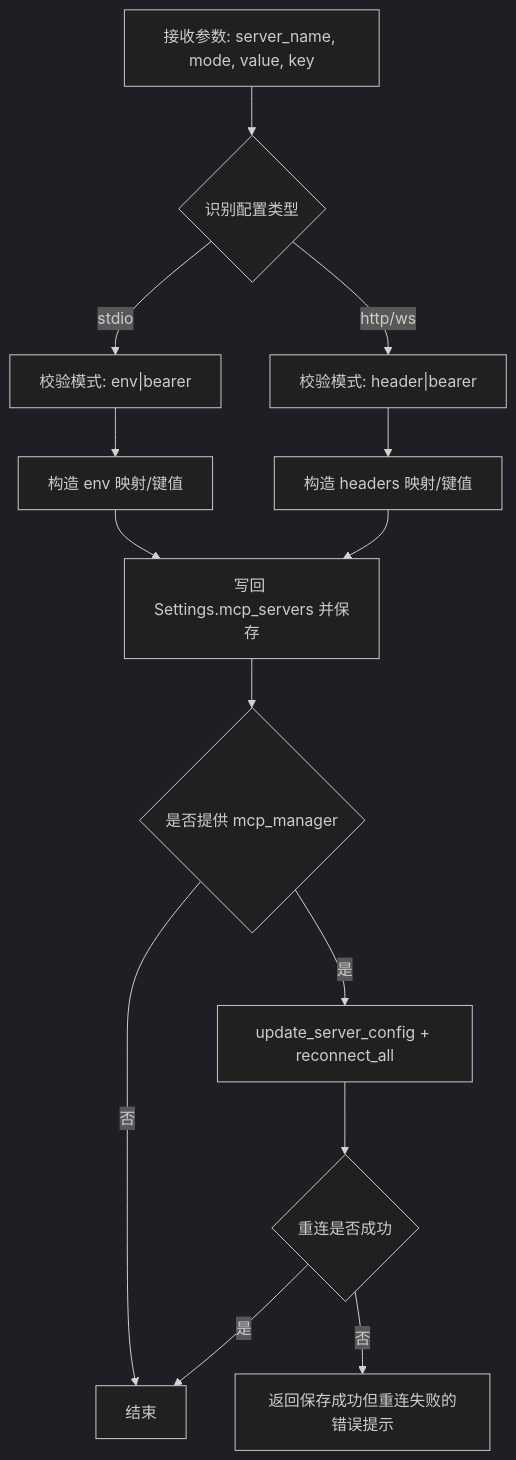
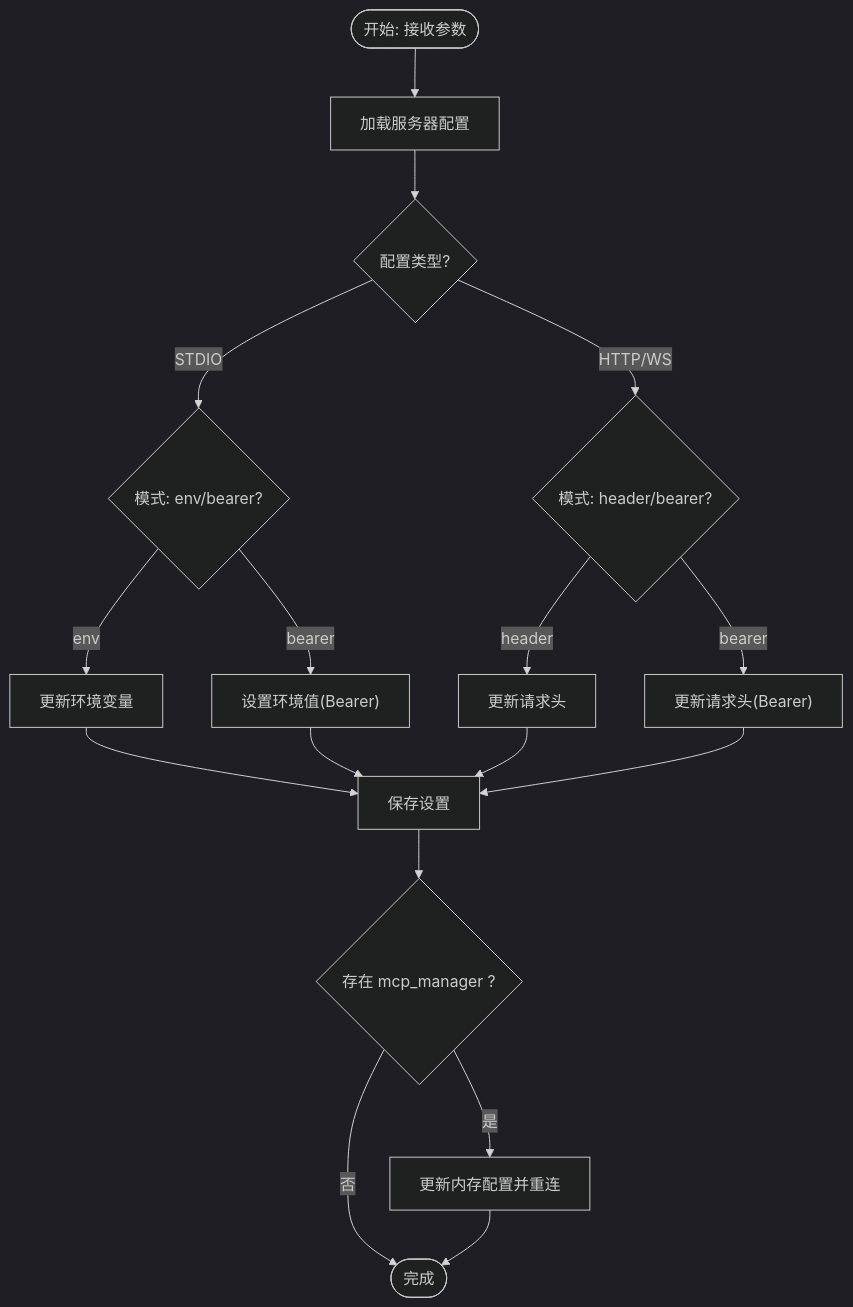
The sixth of 8 diagrams in .qoder/repowiki/zh/content/MCP 协议支持/MCP 协议支持.md (haolange/OpenHarness), drawn with Mermaid (dark theme) before and after one commit. The commit also changed other lines of this file and 222 other files, not shown here.

````diff
--- a/.qoder/repowiki/zh/content/MCP 协议支持/MCP 协议支持.md
+++ b/.qoder/repowiki/zh/content/MCP 协议支持/MCP 协议支持.md
@@ -329,16 +299,19 @@
 ```mermaid
 flowchart TD
-A["接收参数: server_name, mode, value, key"] --> B{"识别配置类型"}
-B --> |stdio| C["校验模式: env|bearer"]
-B --> |http/ws| D["校验模式: header|bearer"]
-C --> E["构造 env 映射/键值"]
-D --> F["构造 headers 映射/键值"]
-E --> G["写回 Settings.mcp_servers 并保存"]
-F --> G
-G --> H{"是否提供 mcp_manager"}
-H --> |是| I["update_server_config + reconnect_all"]
-H --> |否| J["结束"]
-I --> K{"重连是否成功"}
-K --> |是| J
-K --> |否| L["返回保存成功但重连失败的错误提示"]
+Start(["开始: 接收参数"]) --> LoadCfg["加载服务器配置"]
+LoadCfg --> TypeCheck{"配置类型?"}
+TypeCheck --> |STDIO| EnvMode{"模式: env/bearer?"}
+EnvMode --> |env| UpdateEnv["更新环境变量"]
+EnvMode --> |bearer| UpdateEnvBearer["设置环境值(Bearer)"]
+TypeCheck --> |HTTP/WS| HeaderMode{"模式: header/bearer?"}
+HeaderMode --> |header| UpdateHeader["更新请求头"]
+HeaderMode --> |bearer| UpdateHeaderBearer["更新请求头(Bearer)"]
+UpdateEnv --> Persist["保存设置"]
+UpdateEnvBearer --> Persist
+UpdateHeader --> Persist
+UpdateHeaderBearer --> Persist
+Persist --> Reconnect{"存在 mcp_manager ?"}
+Reconnect --> |是| UpdateMgr["更新内存配置并重连"]
+Reconnect --> |否| Done(["完成"])
+UpdateMgr --> Done
 ```
````
